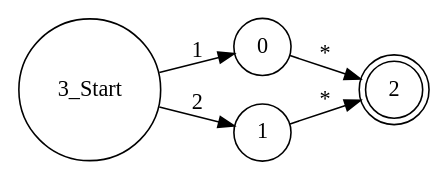
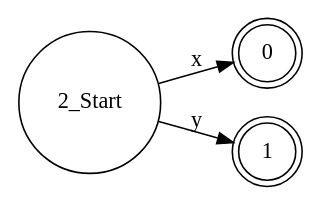
One commit to vnmsklnk/Interpreter-RegEx changed the diagram in eps-closure-final-result.dot. Above: the diagram before and after it, drawn with Graphviz. The commit also changed 3 other files, not shown here.

```diff
--- a/eps-closure-final-result.dot
+++ b/eps-closure-final-result.dot
@@ -1,15 +1,12 @@
 digraph nfa
 {
 rankdir = LR
 node [shape = circle];
-3[shape = circle, label = "3_Start"]
-0 -> 2 [label = "*"]
+2[shape = circle, label = "2_Start"]
+2 -> 0 [label = "x"]
 
-1 -> 2 [label = "*"]
+2 -> 1 [label = "y"]
 
-3 -> 0 [label = "1"]
-
-3 -> 1 [label = "2"]
-
-2[shape = doublecircle]
+0[shape = doublecircle]
+1[shape = doublecircle]
 }
```
